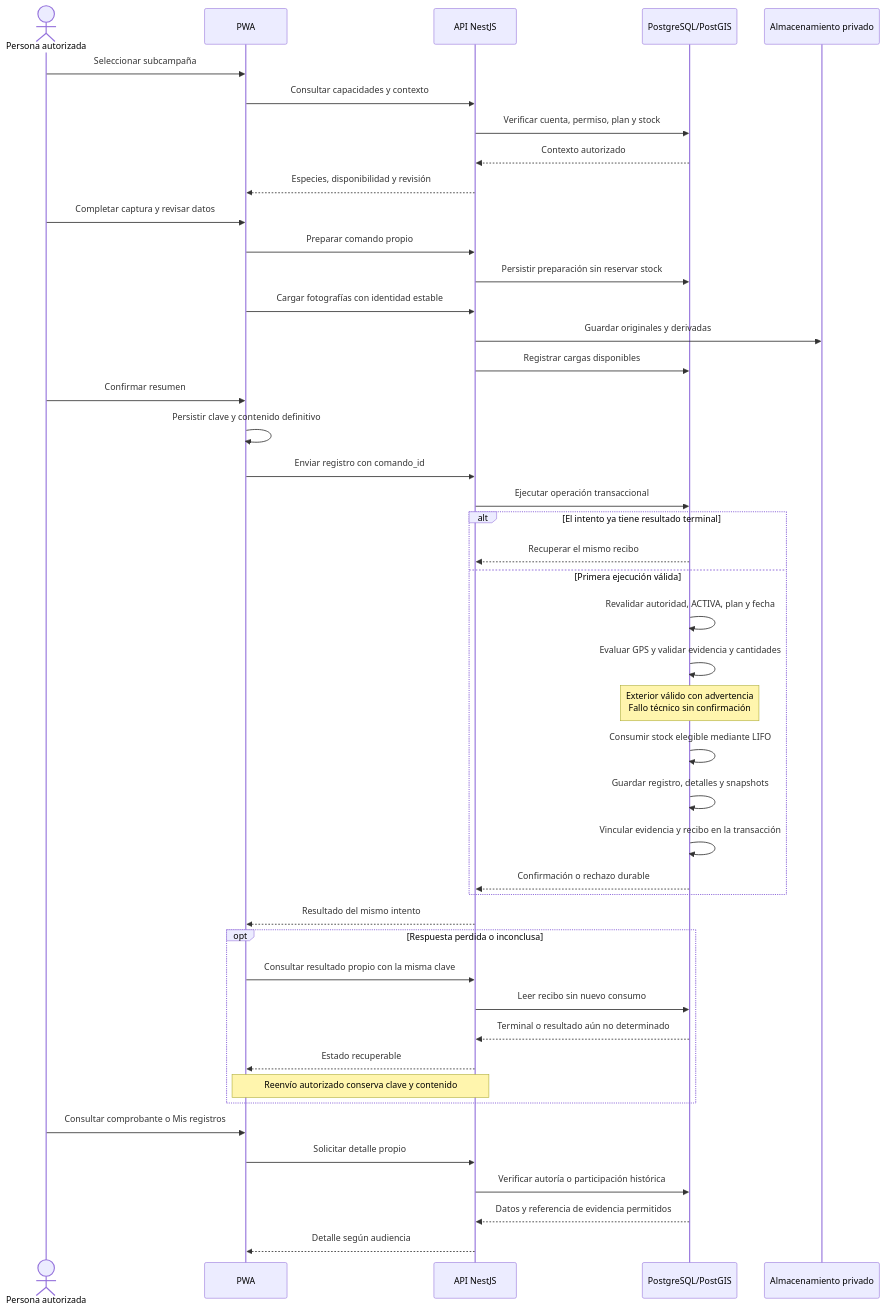
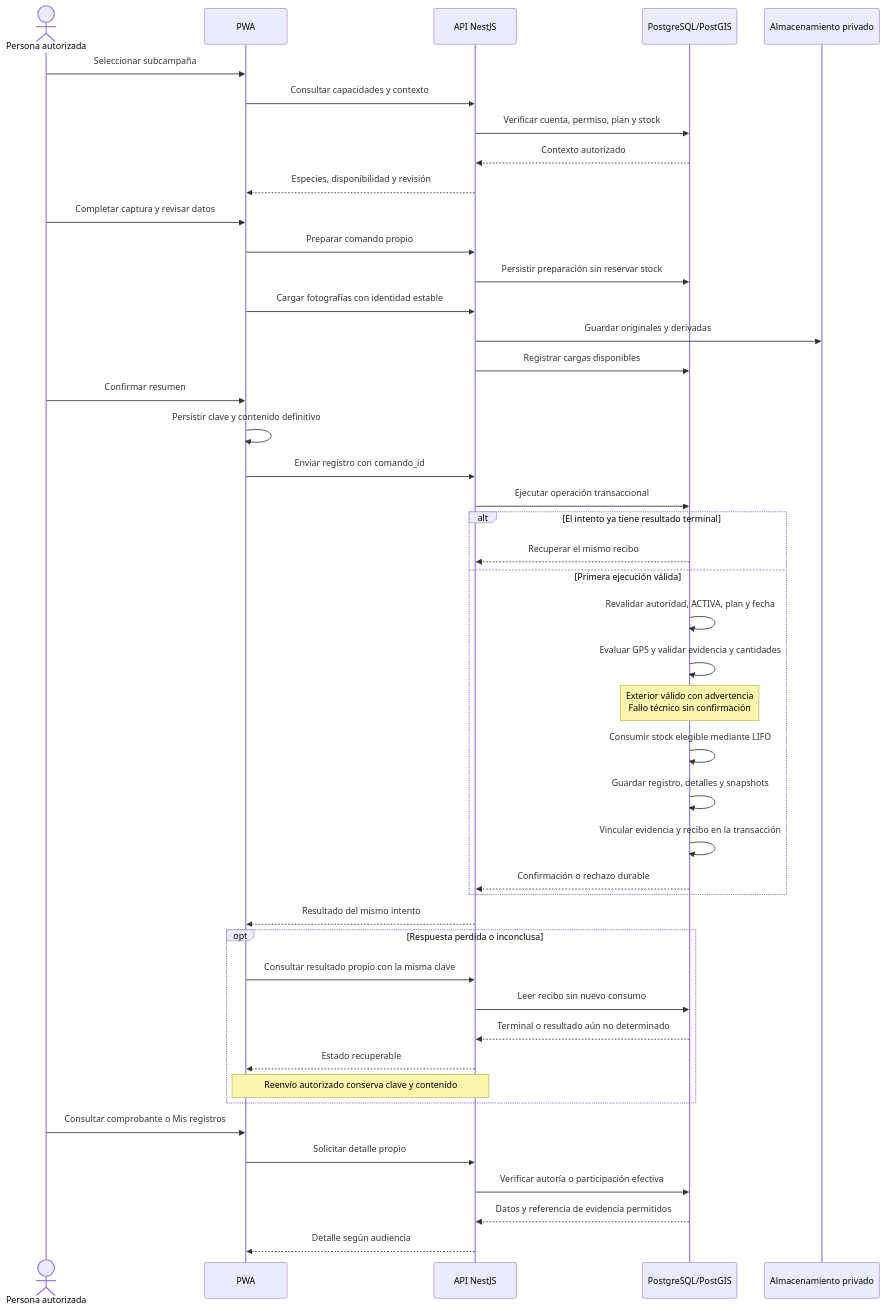
One commit to R3foresta/r3foresta-docs changed the second of 2 diagrams in documentacion-grado/06_entregables/proyecto_grado/03_3_fase_construccion.md. Above: the diagram before and after it, drawn with Mermaid. The commit also changed other lines of this file and 672 other files, not shown here.

````diff
--- a/documentacion-grado/06_entregables/proyecto_grado/03_3_fase_construccion.md
+++ b/documentacion-grado/06_entregables/proyecto_grado/03_3_fase_construccion.md
@@ -109,48 +113,48 @@
 ```mermaid
 sequenceDiagram
     actor U as Persona autorizada
     participant PWA as PWA
     participant API as API NestJS
     participant DB as PostgreSQL/PostGIS
     participant STO as Almacenamiento privado
 
     U->>PWA: Seleccionar subcampaña
     PWA->>API: Consultar capacidades y contexto
     API->>DB: Verificar cuenta, permiso, plan y stock
     DB-->>API: Contexto autorizado
     API-->>PWA: Especies, disponibilidad y revisión
     U->>PWA: Completar captura y revisar datos
     PWA->>API: Preparar comando propio
     API->>DB: Persistir preparación sin reservar stock
     PWA->>API: Cargar fotografías con identidad estable
     API->>STO: Guardar originales y derivadas
     API->>DB: Registrar cargas disponibles
     U->>PWA: Confirmar resumen
     PWA->>PWA: Persistir clave y contenido definitivo
     PWA->>API: Enviar registro con comando_id
     API->>DB: Ejecutar operación transaccional
     alt El intento ya tiene resultado terminal
         DB-->>API: Recuperar el mismo recibo
     else Primera ejecución válida
         DB->>DB: Revalidar autoridad, ACTIVA, plan y fecha
         DB->>DB: Evaluar GPS y validar evidencia y cantidades
         Note over DB: Exterior válido con advertencia<br/>Fallo técnico sin confirmación
         DB->>DB: Consumir stock elegible mediante LIFO
         DB->>DB: Guardar registro, detalles y snapshots
         DB->>DB: Vincular evidencia y recibo en la transacción
         DB-->>API: Confirmación o rechazo durable
     end
     API-->>PWA: Resultado del mismo intento
     opt Respuesta perdida o inconclusa
         PWA->>API: Consultar resultado propio con la misma clave
         API->>DB: Leer recibo sin nuevo consumo
         DB-->>API: Terminal o resultado aún no determinado
         API-->>PWA: Estado recuperable
         Note over PWA,API: Reenvío autorizado conserva clave y contenido
     end
     U->>PWA: Consultar comprobante o Mis registros
     PWA->>API: Solicitar detalle propio
-    API->>DB: Verificar autoría o participación histórica
+    API->>DB: Verificar autoría o participación efectiva
     DB-->>API: Datos y referencia de evidencia permitidos
     API-->>PWA: Detalle según audiencia
 ```
````
